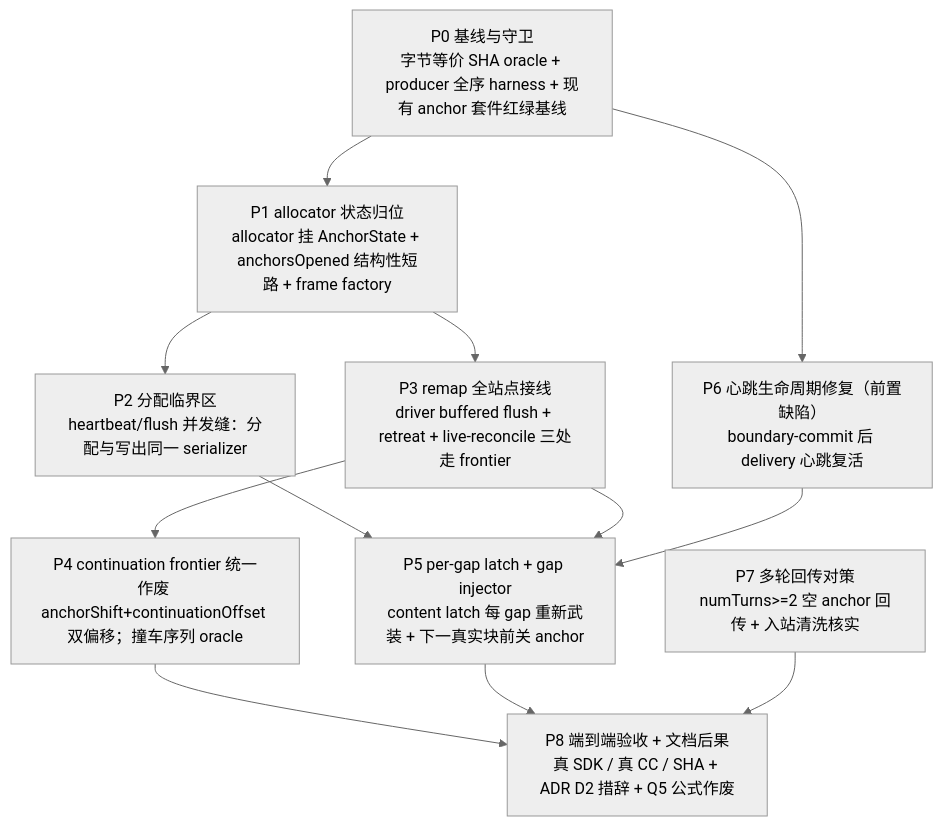
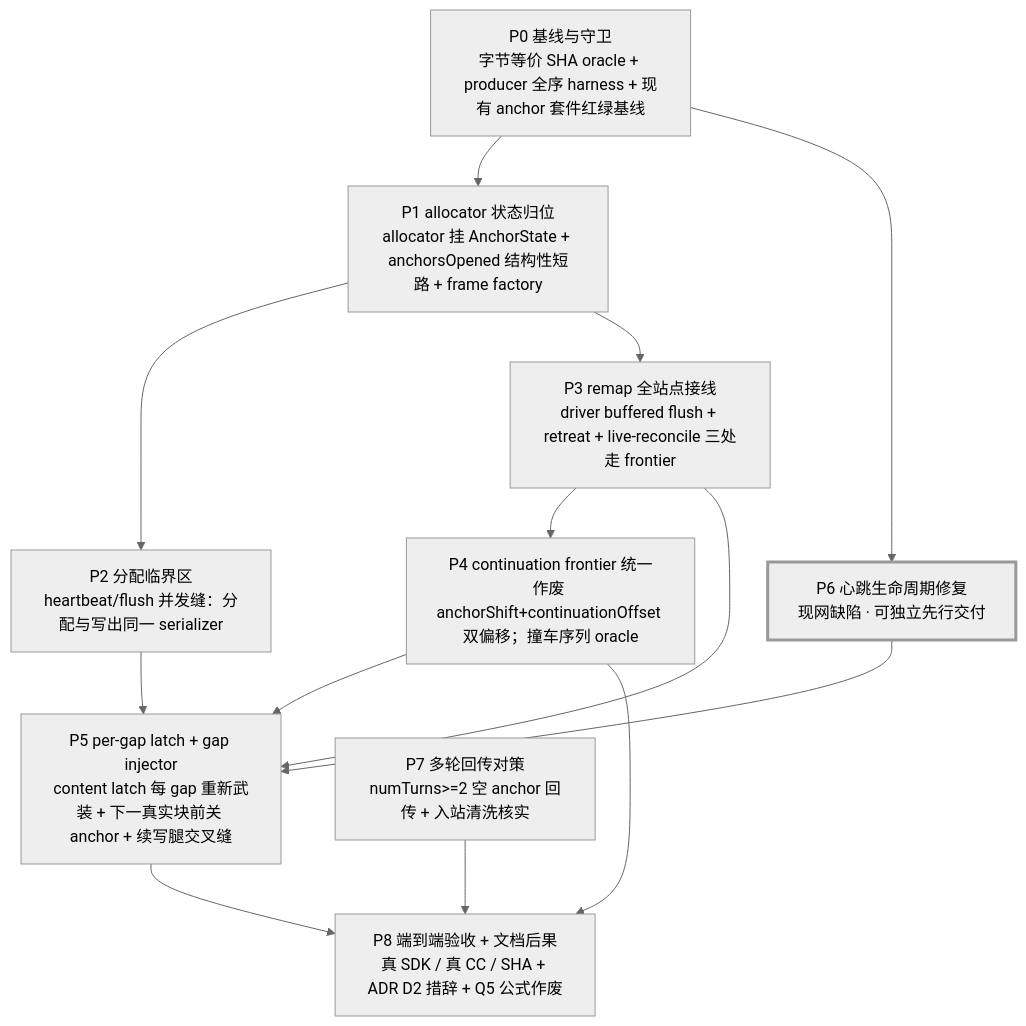
The diagram in docs/plan/2026-07-27-inter-block-anchor-allocator/README.md (puxu-msft/copilot-api-js), drawn with Mermaid (neutral theme) before and after one commit. The commit also changed other lines of this file and 4 other files, not shown here.

````diff
--- a/docs/plan/2026-07-27-inter-block-anchor-allocator/README.md
+++ b/docs/plan/2026-07-27-inter-block-anchor-allocator/README.md
@@ -21,24 +21,27 @@
 ```mermaid
 graph TD
   P0["P0 基线与守卫<br/>字节等价 SHA oracle + producer 全序 harness + 现有 anchor 套件红绿基线"]
   P1["P1 allocator 状态归位<br/>allocator 挂 AnchorState + anchorsOpened 结构性短路 + frame factory"]
   P2["P2 分配临界区<br/>heartbeat/flush 并发缝：分配与写出同一 serializer"]
   P3["P3 remap 全站点接线<br/>driver buffered flush + retreat + live-reconcile 三处走 frontier"]
   P4["P4 continuation frontier 统一<br/>作废 anchorShift+continuationOffset 双偏移；撞车序列 oracle"]
-  P5["P5 per-gap latch + gap injector<br/>content latch 每 gap 重新武装 + 下一真实块前关 anchor"]
-  P6["P6 心跳生命周期修复（前置缺陷）<br/>boundary-commit 后 delivery 心跳复活"]
+  P5["P5 per-gap latch + gap injector<br/>content latch 每 gap 重新武装 + 下一真实块前关 anchor + 续写腿交叉缝"]
+  P6["P6 心跳生命周期修复<br/>现网缺陷 · 可独立先行交付"]
   P7["P7 多轮回传对策<br/>numTurns>=2 空 anchor 回传 + 入站清洗核实"]
   P8["P8 端到端验收 + 文档后果<br/>真 SDK / 真 CC / SHA + ADR D2 措辞 + Q5 公式作废"]
 
   P0 --> P1
   P0 --> P6
   P1 --> P2
   P1 --> P3
   P2 --> P5
   P3 --> P4
   P3 --> P5
   P6 --> P5
+  P4 --> P5
   P4 --> P8
   P5 --> P8
   P7 --> P8
+
+  style P6 stroke-width:3px
 ```
````
